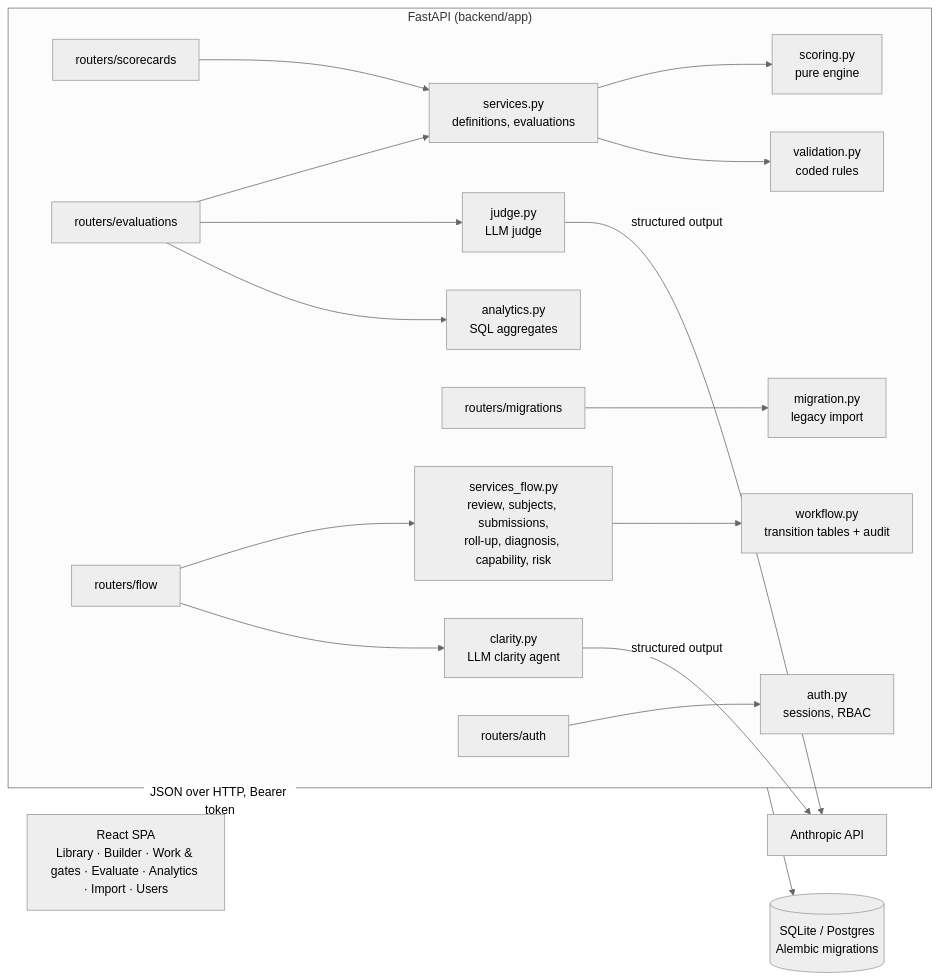
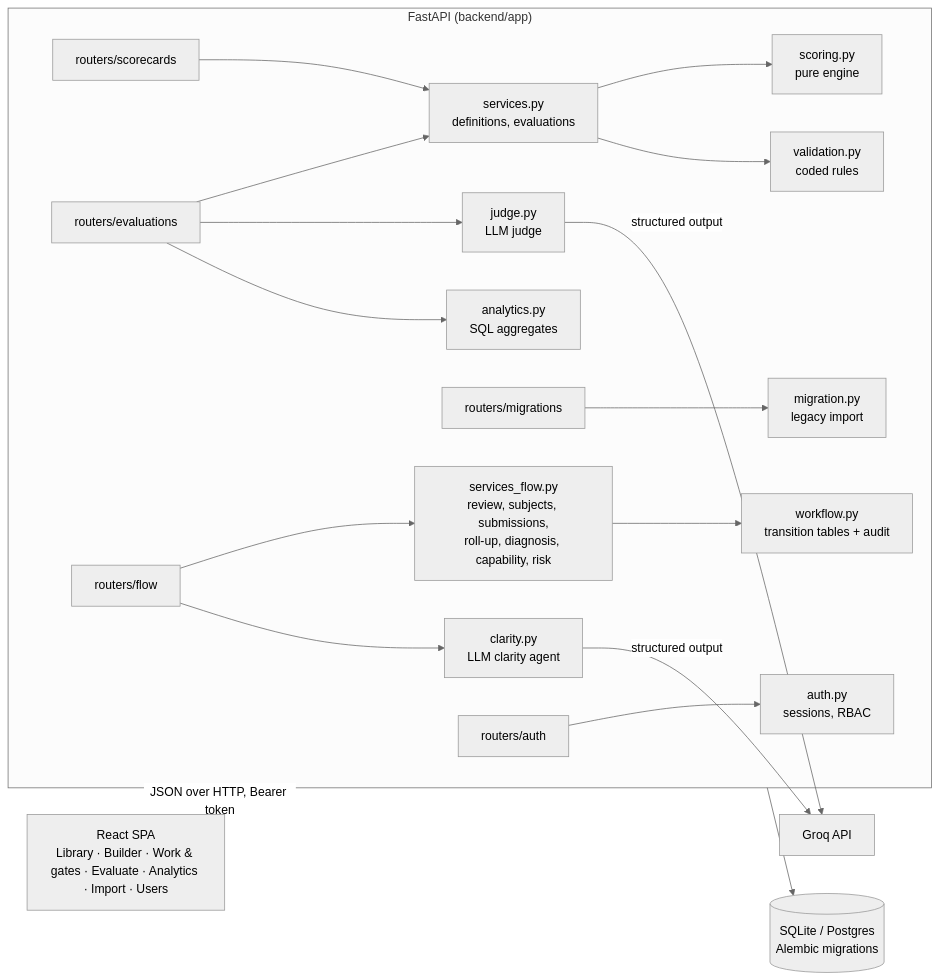
The diagram in docs/12_ARCHITECTURE.md (Prabhav558/RAG), drawn with Mermaid (neutral theme) before and after one commit. The commit also changed other lines of this file and 10 other files, not shown here.

First line of the commit message:
Switch the LLM judge and clarity agent from Anthropic to Groq

````diff
--- a/docs/12_ARCHITECTURE.md
+++ b/docs/12_ARCHITECTURE.md
@@ -4,20 +4,20 @@
 ```mermaid
 flowchart LR
   UI["React SPA<br/>Library · Builder · Work & gates · Evaluate · Analytics · Import · Users"] -->|JSON over HTTP, Bearer token| API
   subgraph API["FastAPI (backend/app)"]
     R0[routers/auth] --> AU[auth.py<br/>sessions, RBAC]
     R1[routers/scorecards] --> S[services.py<br/>definitions, evaluations]
     R2[routers/evaluations] --> S
     R3[routers/flow] --> F[services_flow.py<br/>review, subjects, submissions,<br/>roll-up, diagnosis, capability, risk]
     R4[routers/migrations] --> M[migration.py<br/>legacy import]
     F --> W[workflow.py<br/>transition tables + audit]
     S --> E[scoring.py<br/>pure engine]
     S --> V[validation.py<br/>coded rules]
     R2 --> J[judge.py<br/>LLM judge]
     R3 --> C[clarity.py<br/>LLM clarity agent]
     R2 --> A[analytics.py<br/>SQL aggregates]
   end
   API --> DB[(SQLite / Postgres<br/>Alembic migrations)]
-  J -->|structured output| LLM[Anthropic API]
+  J -->|structured output| LLM[Groq API]
   C -->|structured output| LLM
 ```
````
